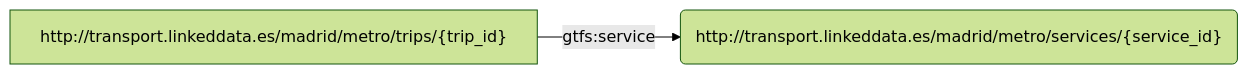
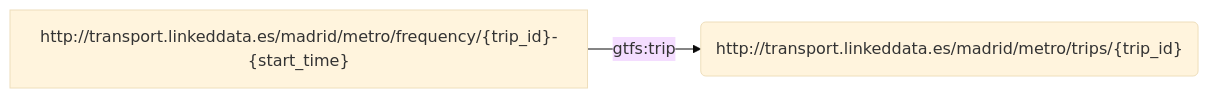
One commit to oeg-upm/rmldoc changed diagram 14 of 25 in example/example.md. Above: the diagram before and after it, drawn with Mermaid. The commit also changed other lines of this file and 2 other files, not shown here.

````diff
--- a/example/example.md
+++ b/example/example.md
@@ -372,7 +344,7 @@
 ```mermaid
-%%{ init : { "theme" : "forest", "flowchart" : { "curve" : "linear" }}}%%
+%%{ init : { "theme" : "base", "flowchart" : { "curve" : "linear" }}}%%
 
 flowchart LR
-S1["http://transport.linkeddata.es/madrid/metro/trips/{trip_id}"] -->|"gtfs:service"| object1("http://transport.linkeddata.es/madrid/metro/services/{service_id}")
+S1["http://transport.linkeddata.es/madrid/metro/frequency/{trip_id}-{start_time}"] -->|"gtfs:trip"| object1("http://transport.linkeddata.es/madrid/metro/trips/{trip_id}")
 
 ``` 
````
